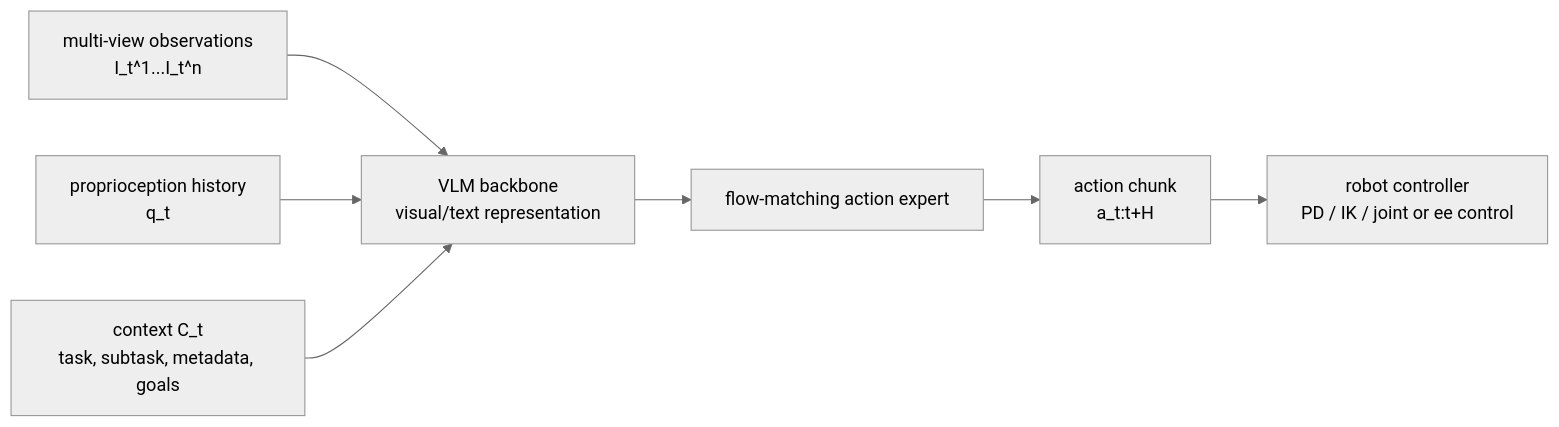
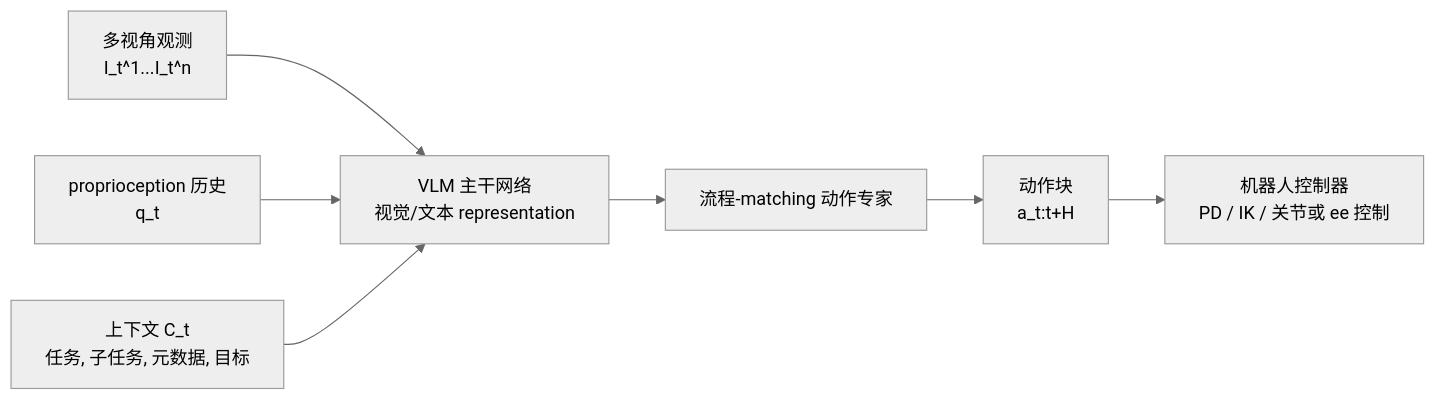
One commit to niuverse/llm-wiki changed the diagram in wiki/concepts/VisionLanguageActionModels.md. Above: the diagram before and after it, drawn with Mermaid (neutral theme). The commit also changed other lines of this file and 123 other files, not shown here.

````diff
--- a/wiki/concepts/VisionLanguageActionModels.md
+++ b/wiki/concepts/VisionLanguageActionModels.md
@@ -35,9 +35,9 @@
 ```mermaid
 flowchart LR
-  O["multi-view observations<br/>I_t^1...I_t^n"] --> B["VLM backbone<br/>visual/text representation"]
-  Q["proprioception history<br/>q_t"] --> B
-  C["context C_t<br/>task, subtask, metadata, goals"] --> B
-  B --> E["flow-matching action expert"]
-  E --> A["action chunk<br/>a_t:t+H"]
-  A --> R["robot controller<br/>PD / IK / joint or ee control"]
+  O["多视角观测<br/>I_t^1...I_t^n"] --> B["VLM 主干网络<br/>视觉/文本 representation"]
+  Q["proprioception 历史<br/>q_t"] --> B
+  C["上下文 C_t<br/>任务, 子任务, 元数据, 目标"] --> B
+  B --> E["流程-matching 动作专家"]
+  E --> A["动作块<br/>a_t:t+H"]
+  A --> R["机器人控制器<br/>PD / IK / 关节或 ee 控制"]
 ```
````
